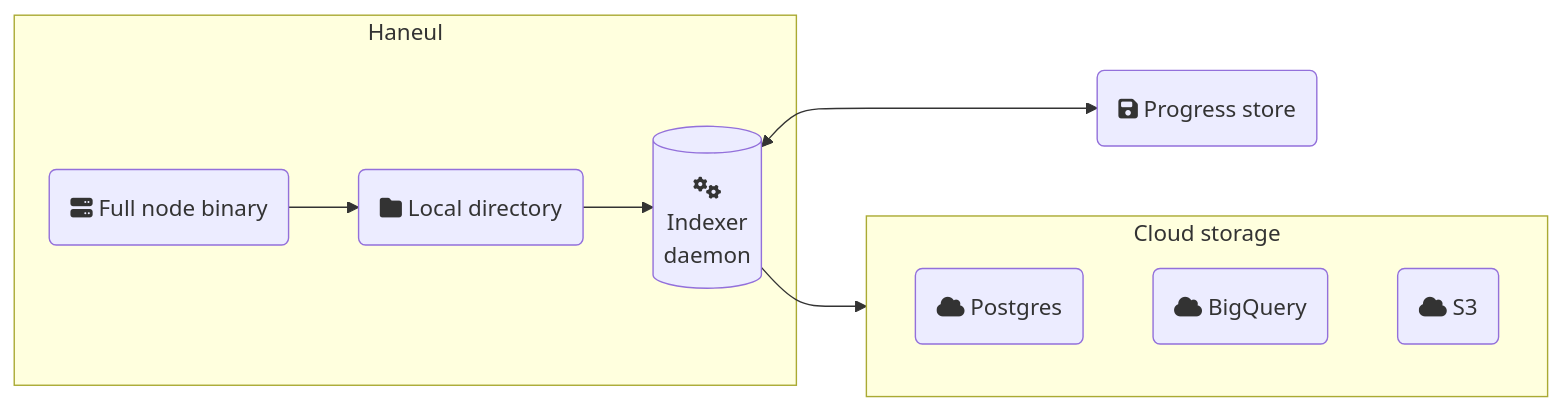
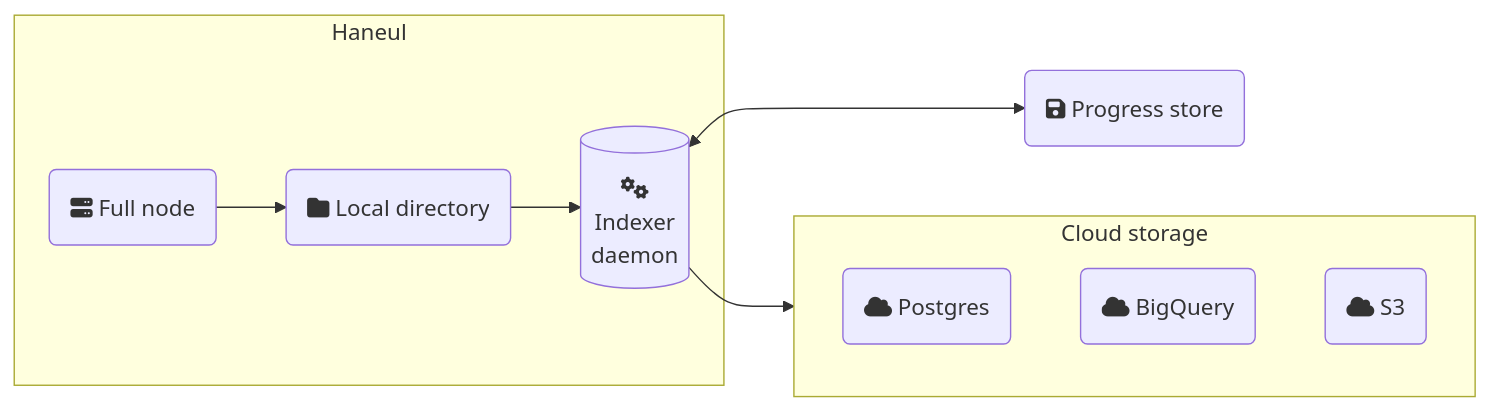
One commit to GeunhwaJeong/haneul-new changed the second of 2 diagrams in docs/content/guides/developer/advanced/custom-indexer.mdx. Above: the diagram before and after it, drawn with Mermaid. The commit also changed other lines of this file, not shown here.

````diff
--- a/docs/content/guides/developer/advanced/custom-indexer.mdx
+++ b/docs/content/guides/developer/advanced/custom-indexer.mdx
@@ -64,17 +64,17 @@
 ```mermaid
 flowchart LR
   subgraph Haneul
-    A("fa:fa-server Full node binary");
+    A("fa:fa-server Full node");
     A-->B("fa:fa-folder Local directory");
     B-->C[("fa:fa-gears
     Indexer
     daemon")];
   end
   subgraph cloud[Cloud storage]
     pg(fa:fa-cloud Postgres);
     bq(fa:fa-cloud BigQuery);
     s1(fa:fa-cloud S3);
   end
   C-->cloud;
   C<-->D("fa:fa-floppy-disk Progress store");
 ```
````
